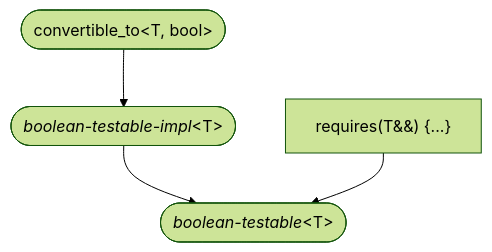
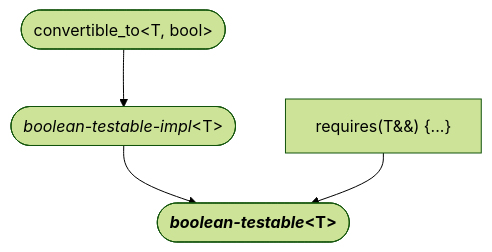
Before and after one commit to yohhoy/cpp-concepts: diagram 12 of 18 in README.md, drawn with Mermaid (forest theme). The commit also changed other lines of this file, not shown here.

````diff
--- a/README.md
+++ b/README.md
@@ -140,7 +140,7 @@
 ```mermaid
 graph TD
     %% std::boolean-testable<T>
     convertible_to(["convertible_to&lt;T, bool&gt;"]) --> impl(["<i>boolean-testable-impl</i>&lt;T&gt;"]);
-    impl --> boolean_testable(["<i>boolean-testable</i>&lt;T&gt;"]);
+    impl --> boolean_testable(["<b><i>boolean-testable</i>&lt;T&gt;</b>"]);
     AC["requires(T&amp;&amp;) {...}"] --> boolean_testable;
 ```
````
